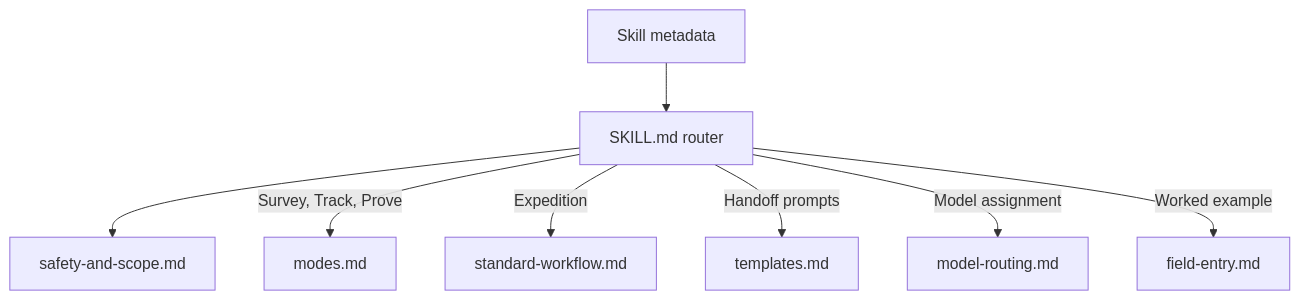
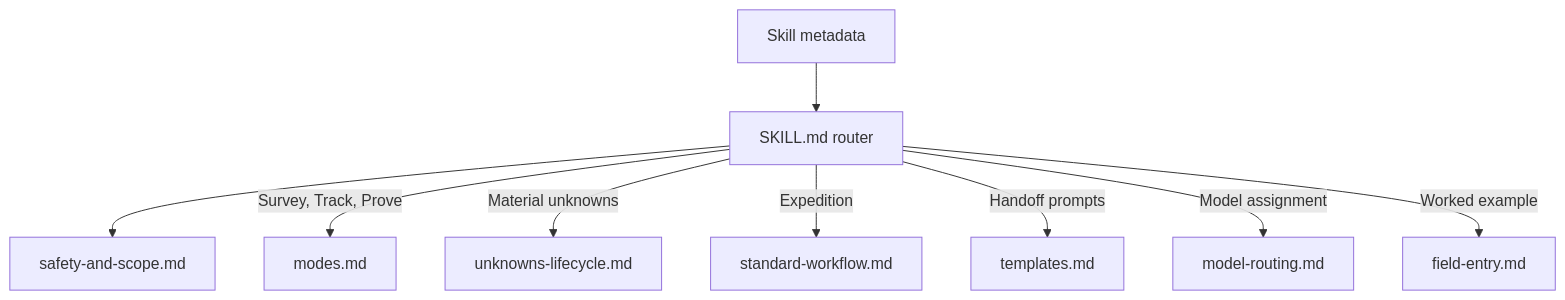
The third of 4 diagrams in README.md (abdul-shaikh-dev/code-territory-guide), drawn with Mermaid before and after one commit. The commit also changed 25 other files, not shown here.

````diff
--- a/README.md
+++ b/README.md
@@ -68,10 +68,11 @@
 ```mermaid
 flowchart TD
     M[Skill metadata] --> K[SKILL.md router]
     K --> C[safety-and-scope.md]
     K -->|Survey, Track, Prove| O[modes.md]
+    K -->|Material unknowns| U[unknowns-lifecycle.md]
     K -->|Expedition| W[standard-workflow.md]
     K -->|Handoff prompts| T[templates.md]
     K -->|Model assignment| R[model-routing.md]
     K -->|Worked example| F[field-entry.md]
 ```
````
